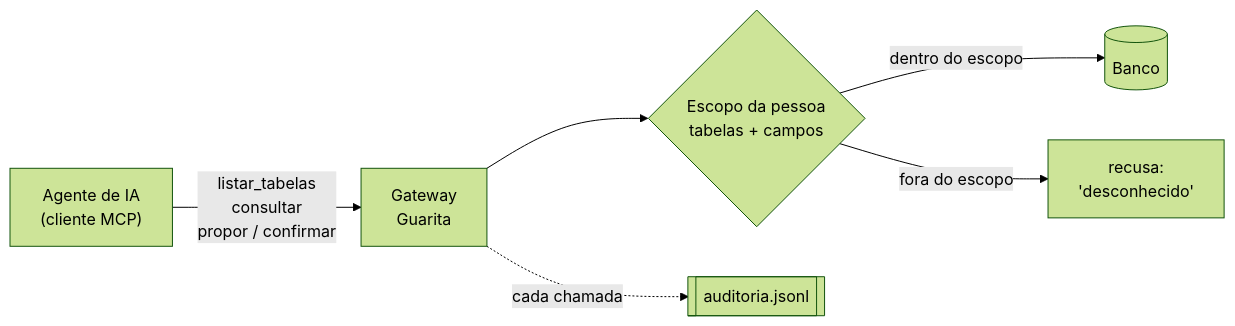
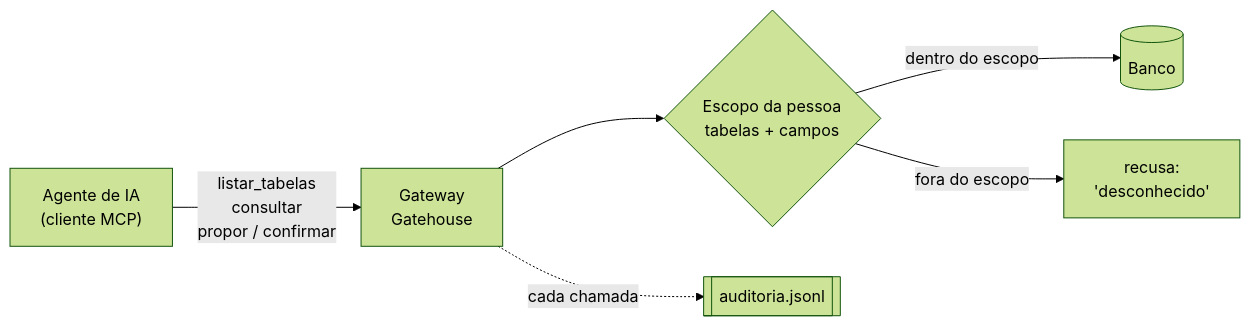
One commit to Dimasaas/gatehouse changed the first of 2 diagrams in README.md. Above: the diagram before and after it, drawn with Mermaid (forest theme). The commit also changed other lines of this file and 9 other files, not shown here.

````diff
--- a/README.md
+++ b/README.md
@@ -35,8 +35,8 @@
 ```mermaid
 flowchart LR
-    A["Agente de IA<br/>(cliente MCP)"] -->|"listar_tabelas<br/>consultar<br/>propor / confirmar"| G["Gateway<br/>Guarita"]
+    A["Agente de IA<br/>(cliente MCP)"] -->|"listar_tabelas<br/>consultar<br/>propor / confirmar"| G["Gateway<br/>Gatehouse"]
     G --> E{"Escopo da pessoa<br/>tabelas + campos"}
     E -->|"dentro do escopo"| B[("Banco")]
     E -->|"fora do escopo"| N["recusa:<br/>'desconhecido'"]
     G -.->|"cada chamada"| L[["auditoria.jsonl"]]
 ```
````
